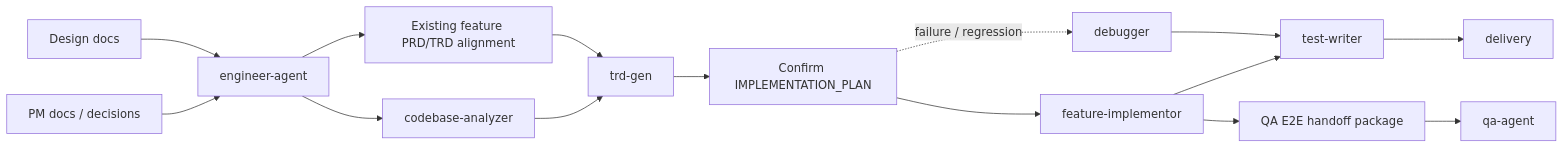
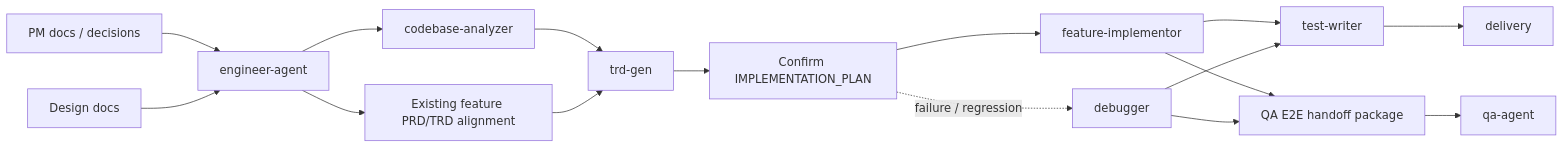
Before and after one commit to Neplich/dev-agent-skills: the diagram in agents/engineer/README.md, drawn with Mermaid. The commit also changed 4 other files, not shown here.

````diff
--- a/agents/engineer/README.md
+++ b/agents/engineer/README.md
@@ -48,17 +48,18 @@
 ```mermaid
 flowchart LR
     PM["PM docs / decisions"] --> Engineer["engineer-agent"]
     Design["Design docs"] --> Engineer
     Engineer --> Analyze["codebase-analyzer"]
     Engineer --> Align["Existing feature PRD/TRD alignment"]
     Analyze --> TRD["trd-gen"]
     Align --> TRD
     TRD --> Plan["Confirm IMPLEMENTATION_PLAN"]
     Plan --> Implement["feature-implementor"]
     Plan -. "failure / regression" .-> Debug["debugger"]
     Implement --> Test["test-writer"]
     Debug --> Test
     Implement --> QAHandOff["QA E2E handoff package"]
+    Debug --> QAHandOff
     QAHandOff --> QA["qa-agent"]
     Test --> Delivery["delivery"]
 ```
````
